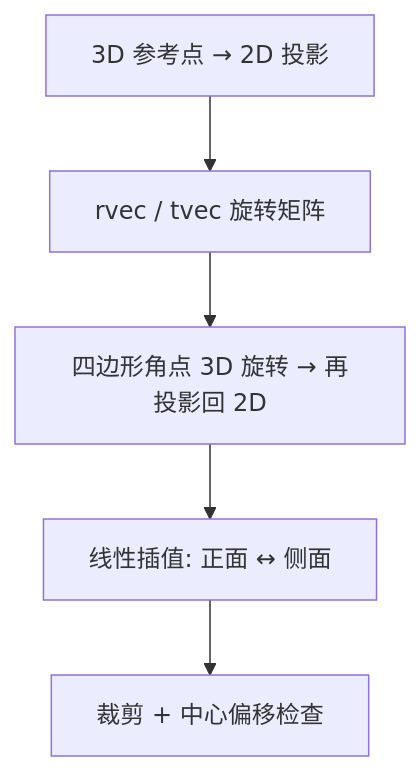
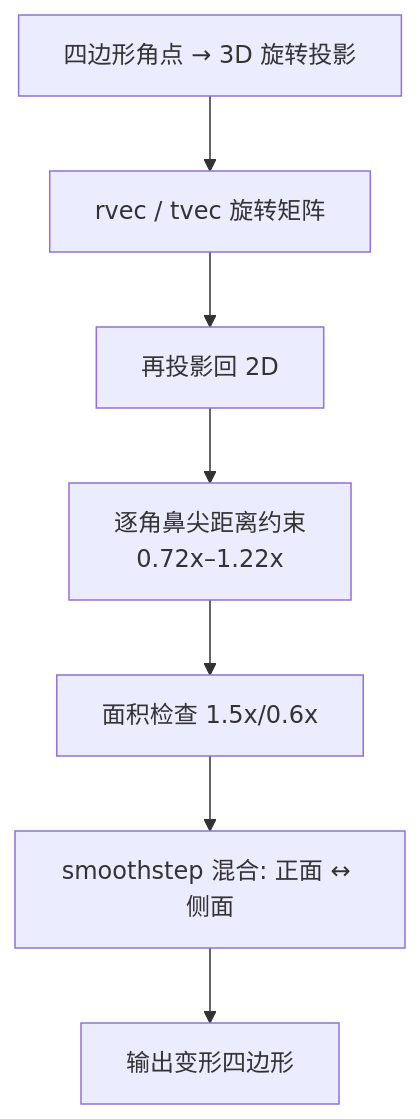
Before and after one commit to wwwhhh333/FaceDoodle: the fourth of 9 diagrams in docs/TECHNICAL_REPORT.md, drawn with Mermaid. The commit also changed other lines of this file and 12 other files, not shown here.

````diff
--- a/docs/TECHNICAL_REPORT.md
+++ b/docs/TECHNICAL_REPORT.md
@@ -203,7 +202,9 @@
 ```mermaid
 flowchart TD
-    P3D["3D 参考点 → 2D 投影"] --> RP["rvec / tvec 旋转矩阵"]
-    RP --> PJ["四边形角点 3D 旋转 → 再投影回 2D"]
-    PJ --> LP["线性插值: 正面 ↔ 侧面"]
-    LP --> CL["裁剪 + 中心偏移检查"]
+    P3D["四边形角点 → 3D 旋转投影"] --> RP["rvec / tvec 旋转矩阵"]
+    RP --> PJ["再投影回 2D"]
+    PJ --> CLAMP["逐角鼻尖距离约束<br/>0.72x–1.22x"]
+    CLAMP --> AREA["面积检查 1.5x/0.6x"]
+    AREA --> LP["smoothstep 混合: 正面 ↔ 侧面"]
+    LP --> DONE["输出变形四边形"]
 ```
````
